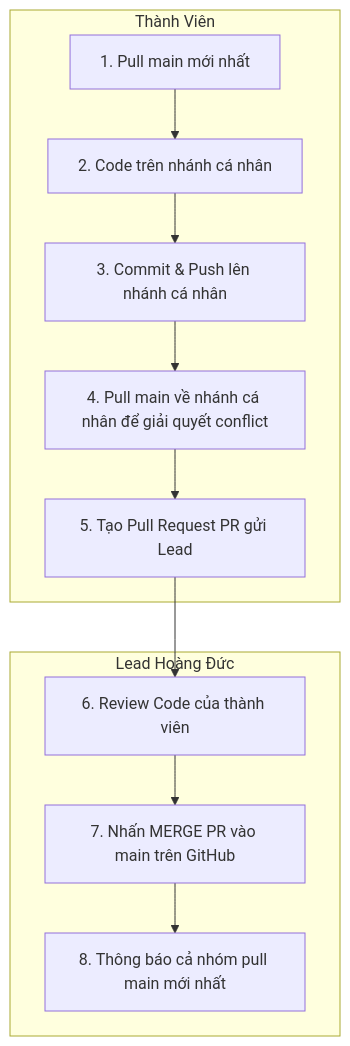
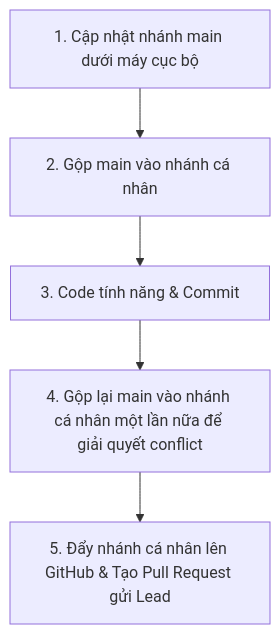
One commit to HoangDuc1205/IS_Times_Website changed the diagram in README.md. Above: the diagram before and after it, drawn with Mermaid. The commit also changed other lines of this file, not shown here.

````diff
--- a/README.md
+++ b/README.md
@@ -26,14 +26,7 @@
 ```mermaid
 graph TD
-    subgraph Thành Viên
-        A[1. Pull main mới nhất] --> B[2. Code trên nhánh cá nhân]
-        B --> C[3. Commit & Push lên nhánh cá nhân]
-        C --> D[4. Pull main về nhánh cá nhân để giải quyết conflict]
-        D --> E[5. Tạo Pull Request PR gửi Lead]
-    end
-    subgraph Lead Hoàng Đức
-        E --> F[6. Review Code của thành viên]
-        F --> G[7. Nhấn MERGE PR vào main trên GitHub]
-        G --> H[8. Thông báo cả nhóm pull main mới nhất]
-    end
+    A[1. Cập nhật nhánh main dưới máy cục bộ] --> B[2. Gộp main vào nhánh cá nhân]
+    B --> C[3. Code tính năng & Commit]
+    C --> D[4. Gộp lại main vào nhánh cá nhân một lần nữa để giải quyết conflict]
+    D --> E[5. Đẩy nhánh cá nhân lên GitHub & Tạo Pull Request gửi Lead]
 ```
````
